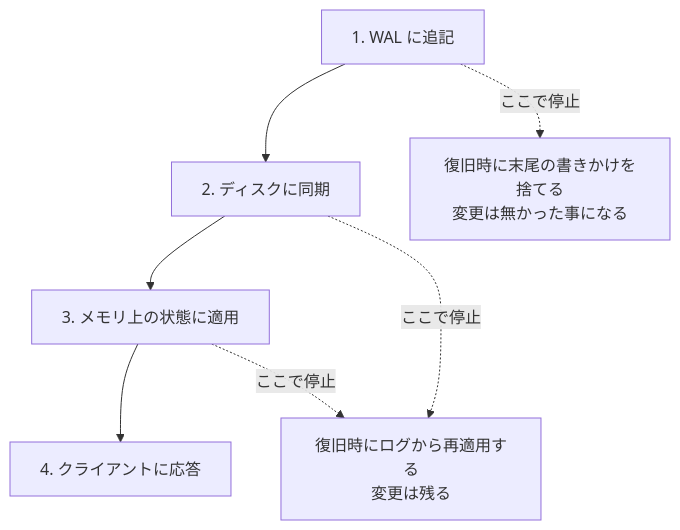
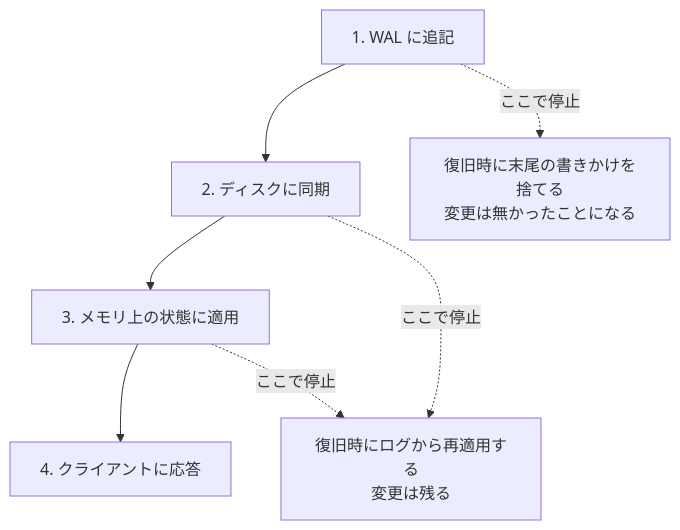
Before and after one commit to nao1215/debimate: the third of 5 diagrams in content/notes/distributed-systems/write-ahead-log/index.md, drawn with Mermaid. The commit also changed other lines of this file and 56 other files, not shown here.

````diff
--- a/content/notes/distributed-systems/write-ahead-log/index.md
+++ b/content/notes/distributed-systems/write-ahead-log/index.md
@@ -61,9 +61,9 @@
 ```mermaid
 flowchart TD
     A["1. WAL に追記"] --> B["2. ディスクに同期"]
     B --> C["3. メモリ上の状態に適用"]
     C --> D["4. クライアントに応答"]
-    A -. "ここで停止" .-> X["復旧時に末尾の書きかけを捨てる<br/>変更は無かった事になる"]
+    A -. "ここで停止" .-> X["復旧時に末尾の書きかけを捨てる<br/>変更は無かったことになる"]
     B -. "ここで停止" .-> Y["復旧時にログから再適用する<br/>変更は残る"]
     C -. "ここで停止" .-> Y
 ```
````
